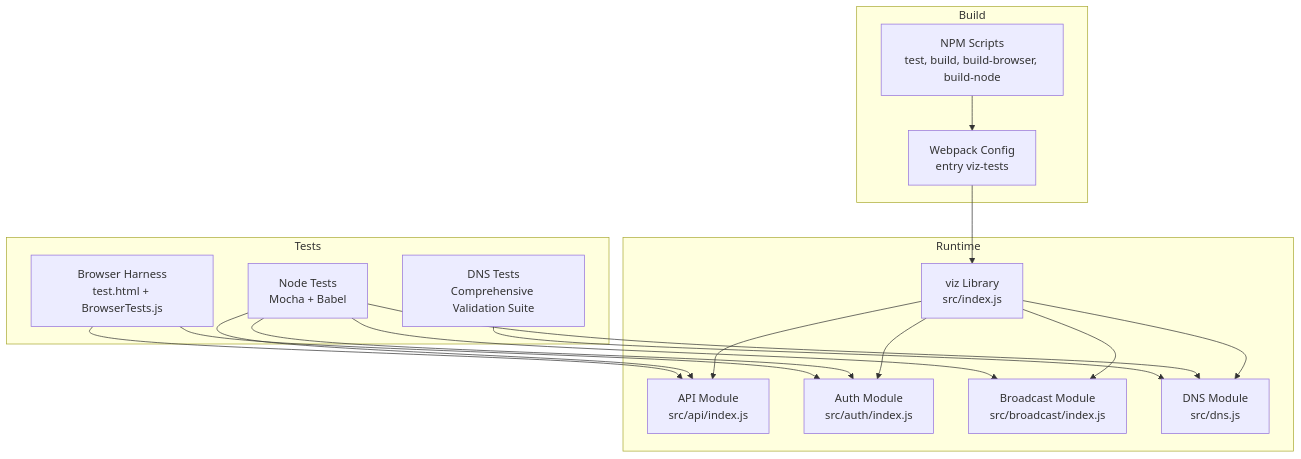
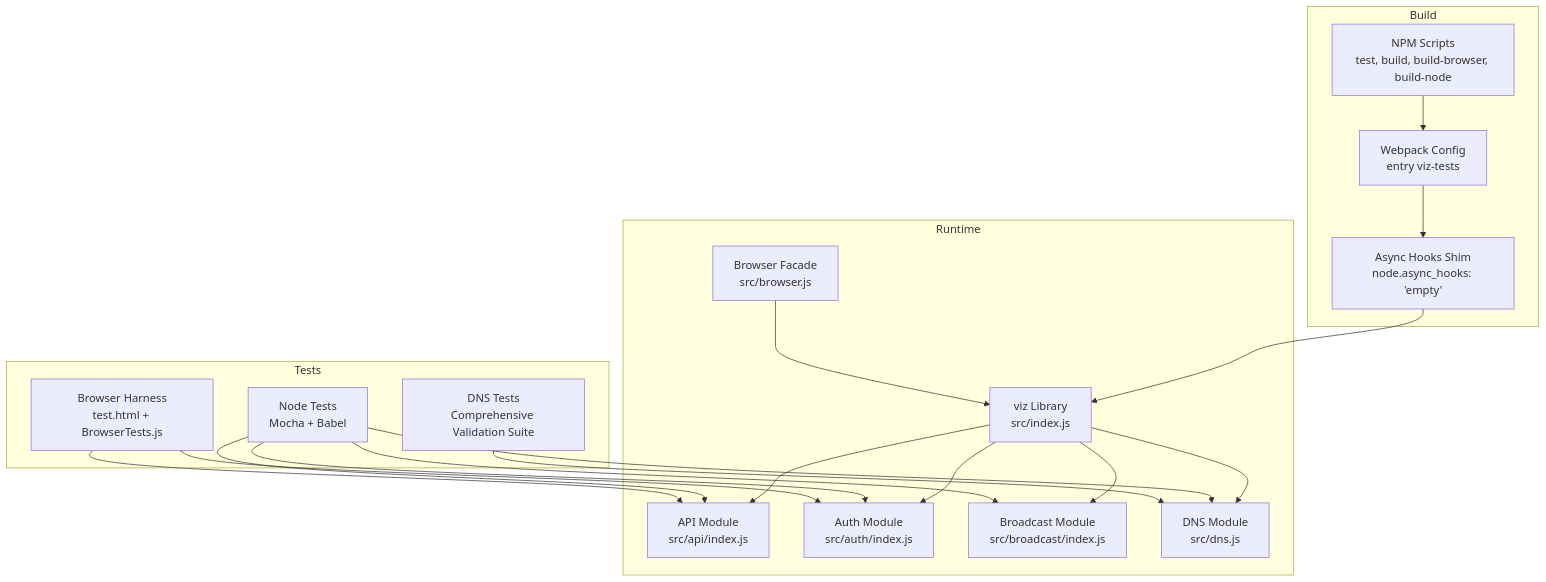
Before and after one commit to VIZ-Blockchain/viz-js-lib: the second of 8 diagrams in .qoder/repowiki/en/content/Testing & Development.md, drawn with Mermaid. The commit also changed other lines of this file and 2 other files, not shown here.

First line of the commit message:
docs(testing): enhance testing docs with async_hooks shim for browser compatibility

````diff
--- a/.qoder/repowiki/en/content/Testing & Development.md
+++ b/.qoder/repowiki/en/content/Testing & Development.md
@@ -167,32 +177,36 @@
 ```mermaid
 graph TB
 subgraph "Build"
 PKG_SCRIPTS["NPM Scripts<br/>test, build, build-browser, build-node"]
 WEBPACK["Webpack Config<br/>entry viz-tests"]
+ASYNC_HOOKS["Async Hooks Shim<br/>node.async_hooks: 'empty'"]
 end
 subgraph "Runtime"
 LIB["viz Library<br/>src/index.js"]
 API["API Module<br/>src/api/index.js"]
 AUTH["Auth Module<br/>src/auth/index.js"]
 BROADCAST["Broadcast Module<br/>src/broadcast/index.js"]
 DNS["DNS Module<br/>src/dns.js"]
+BROWSER["Browser Facade<br/>src/browser.js"]
 end
 subgraph "Tests"
 NODE_TESTS["Node Tests<br/>Mocha + Babel"]
 BROWSER_TESTS["Browser Harness<br/>test.html + BrowserTests.js"]
 DNS_TESTS["DNS Tests<br/>Comprehensive Validation Suite"]
 end
 PKG_SCRIPTS --> WEBPACK
-WEBPACK --> LIB
+WEBPACK --> ASYNC_HOOKS
+ASYNC_HOOKS --> LIB
 LIB --> API
 LIB --> AUTH
 LIB --> BROADCAST
 LIB --> DNS
+BROWSER --> LIB
 NODE_TESTS --> API
 NODE_TESTS --> AUTH
 NODE_TESTS --> BROADCAST
 NODE_TESTS --> DNS
 BROWSER_TESTS --> AUTH
 BROWSER_TESTS --> API
 DNS_TESTS --> DNS
 ```
````
